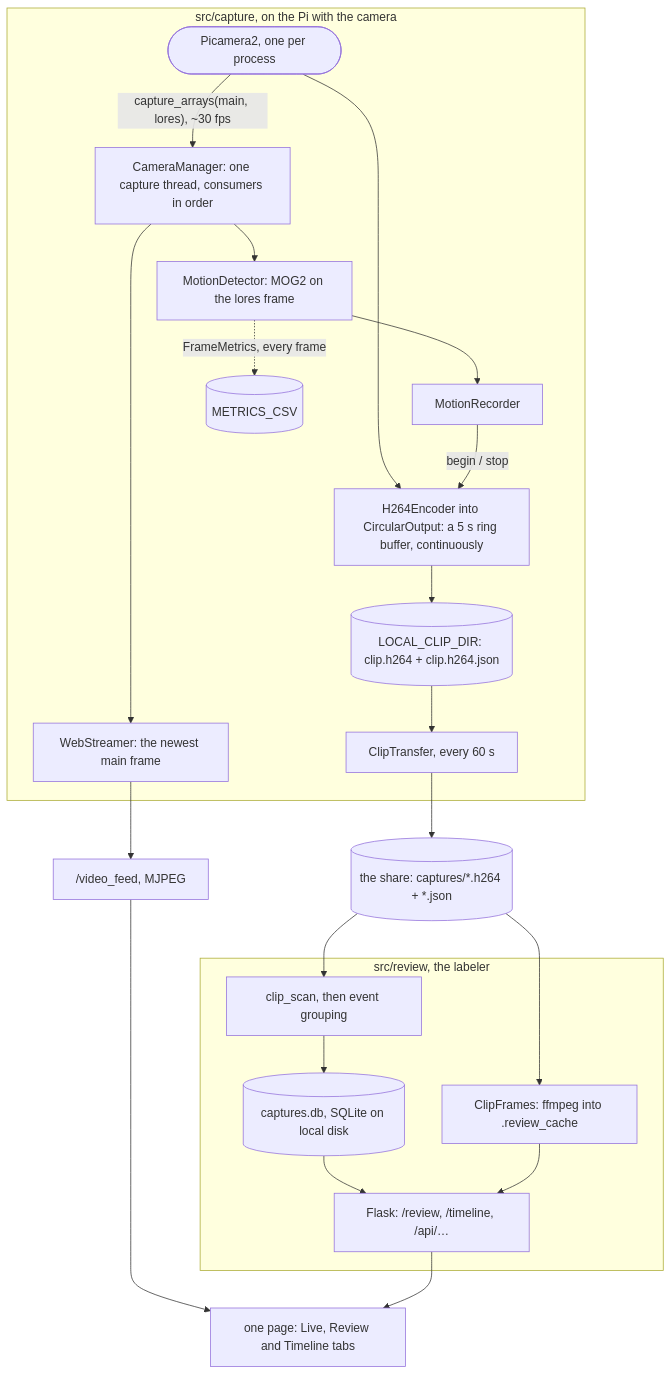
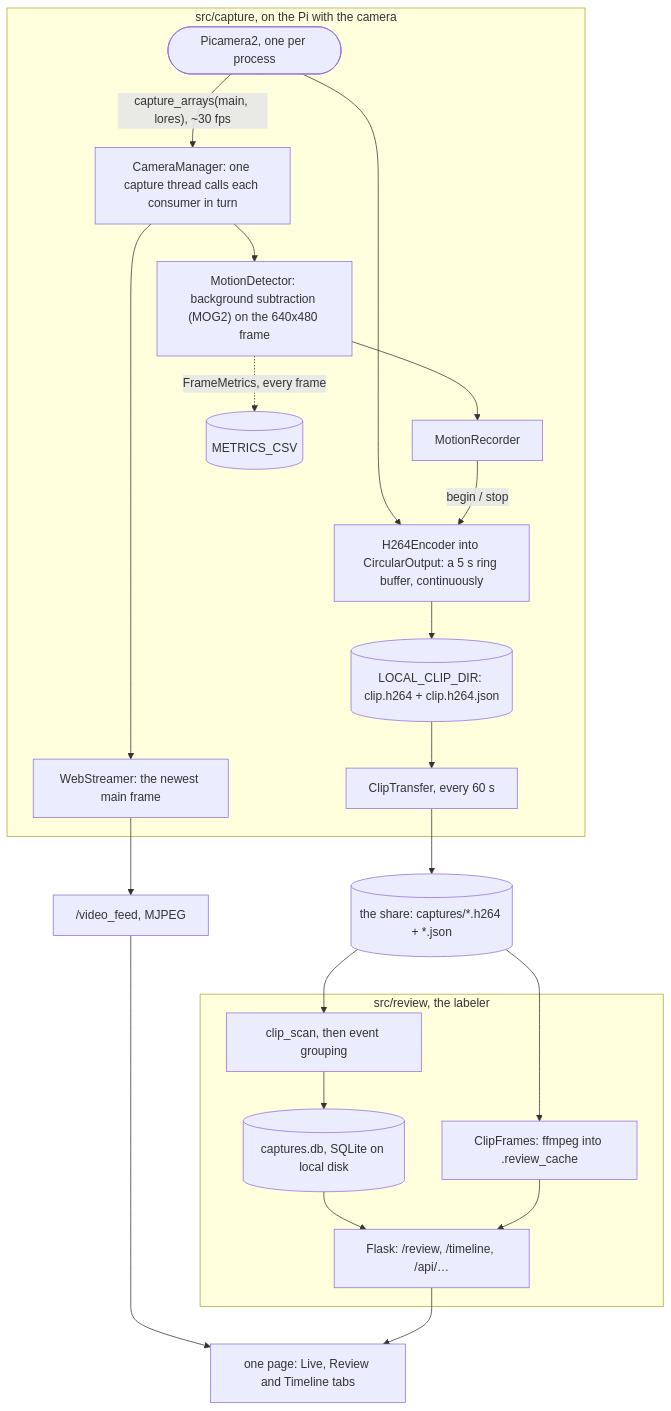
The first of 6 diagrams in docs/DESIGN.md (Thinmindt/CatDetector), drawn with Mermaid before and after one commit. The commit also changed other lines of this file and 1 other file, not shown here.

````diff
--- a/docs/DESIGN.md
+++ b/docs/DESIGN.md
@@ -38,27 +43,27 @@
 ```mermaid
 flowchart TB
   subgraph capture["src/capture, on the Pi with the camera"]
     cam(["Picamera2, one per process"])
-    cam -- "capture_arrays(main, lores), ~30 fps" --> fan["CameraManager: one capture thread, consumers in order"]
-    fan --> det["MotionDetector: MOG2 on the lores frame"]
+    cam -- "capture_arrays(main, lores), ~30 fps" --> fan["CameraManager: one capture thread calls each consumer in turn"]
+    fan --> det["MotionDetector: background subtraction (MOG2) on the 640x480 frame"]
     fan --> web["WebStreamer: the newest main frame"]
     det --> rec["MotionRecorder"]
     det -. "FrameMetrics, every frame" .-> csv[("METRICS_CSV")]
     cam --> ring["H264Encoder into CircularOutput: a 5 s ring buffer, continuously"]
     rec -- "begin / stop" --> ring
     ring --> local[("LOCAL_CLIP_DIR: clip.h264 + clip.h264.json")]
     local --> ship["ClipTransfer, every 60 s"]
   end
   ship --> share[("the share: captures/*.h264 + *.json")]
   subgraph review["src/review, the labeler"]
     scan["clip_scan, then event grouping"] --> db[("captures.db, SQLite on local disk")]
     ff["ClipFrames: ffmpeg into .review_cache"]
     db --> api["Flask: /review, /timeline, /api/…"]
     ff --> api
   end
   share --> scan
   share --> ff
   web --> live["/video_feed, MJPEG"]
   live --> page["one page: Live, Review and Timeline tabs"]
   api --> page
 ```
````
